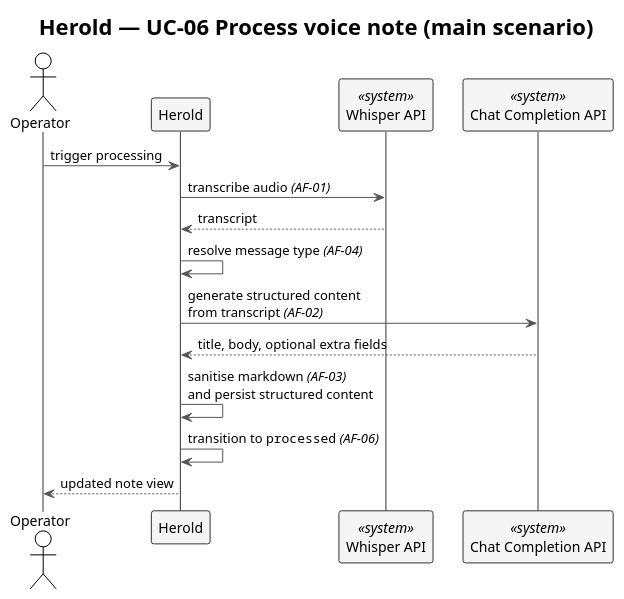
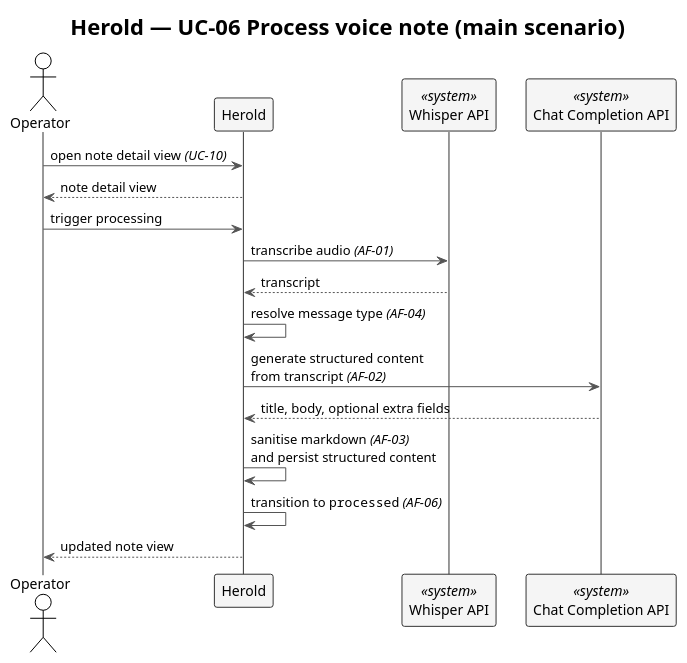
Before and after one commit to carstenlucke/herold: the diagram in docs/spec/diagrams/f2-uc06-process-note.plantuml, drawn with PlantUML. The commit also changed 2 other files, not shown here.

Commit message:
docs(spec): start UC-06 and UC-08 main scenarios at the detail view
Mirror UC-07 and UC-11 by making the detail-view entry an explicit
first step in UC-06 and UC-08 instead of relying on the F2.2 extend
note alone. A reader can now follow each note-flow use case end to
end without cross-referencing the section header. Update the UC-06
sequence diagram so it depicts the same opening exchange.

```diff
--- a/docs/spec/diagrams/f2-uc06-process-note.plantuml
+++ b/docs/spec/diagrams/f2-uc06-process-note.plantuml
@@ -1,28 +1,31 @@
 @startuml f2-uc06-process-note
 !theme plain
 skinparam shadowing false
 skinparam ArrowColor #555555
 skinparam SequenceLifeLineBorderColor #333333
 skinparam SequenceParticipantBorderColor #333333
 skinparam SequenceParticipantBackgroundColor #F5F5F5
 skinparam SequenceReferenceBackgroundColor #F0E8FF
 skinparam SequenceGroupBodyBackgroundColor transparent
 
 title Herold — UC-06 Process voice note (main scenario)
 
 actor       "Operator"            as OP
 participant "Herold"               as SYS
 participant "Whisper API"          as WHISPER <<system>>
 participant "Chat Completion API"  as CHAT    <<system>>
 
+OP  ->  SYS     : open note detail view //(UC-10)//
+SYS --> OP      : note detail view
+
 OP  ->  SYS     : trigger processing
 SYS ->  WHISPER : transcribe audio //(AF-01)//
 WHISPER --> SYS : transcript
 SYS ->  SYS     : resolve message type //(AF-04)//
 SYS ->  CHAT    : generate structured content\nfrom transcript //(AF-02)//
 CHAT --> SYS    : title, body, optional extra fields
 SYS ->  SYS     : sanitise markdown //(AF-03)//\nand persist structured content
 SYS ->  SYS     : transition to ""processed"" //(AF-06)//
 SYS --> OP      : updated note view
 
 @enduml
```
